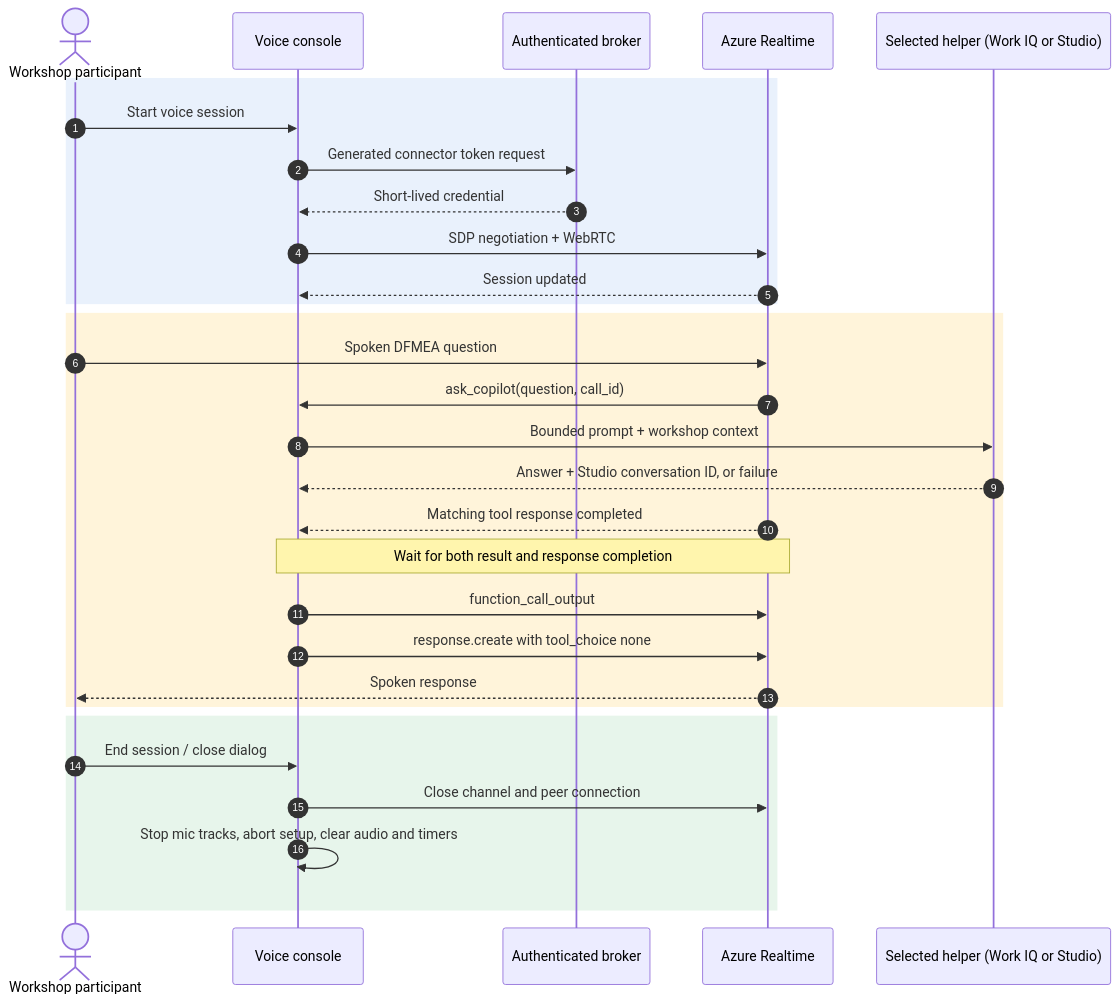
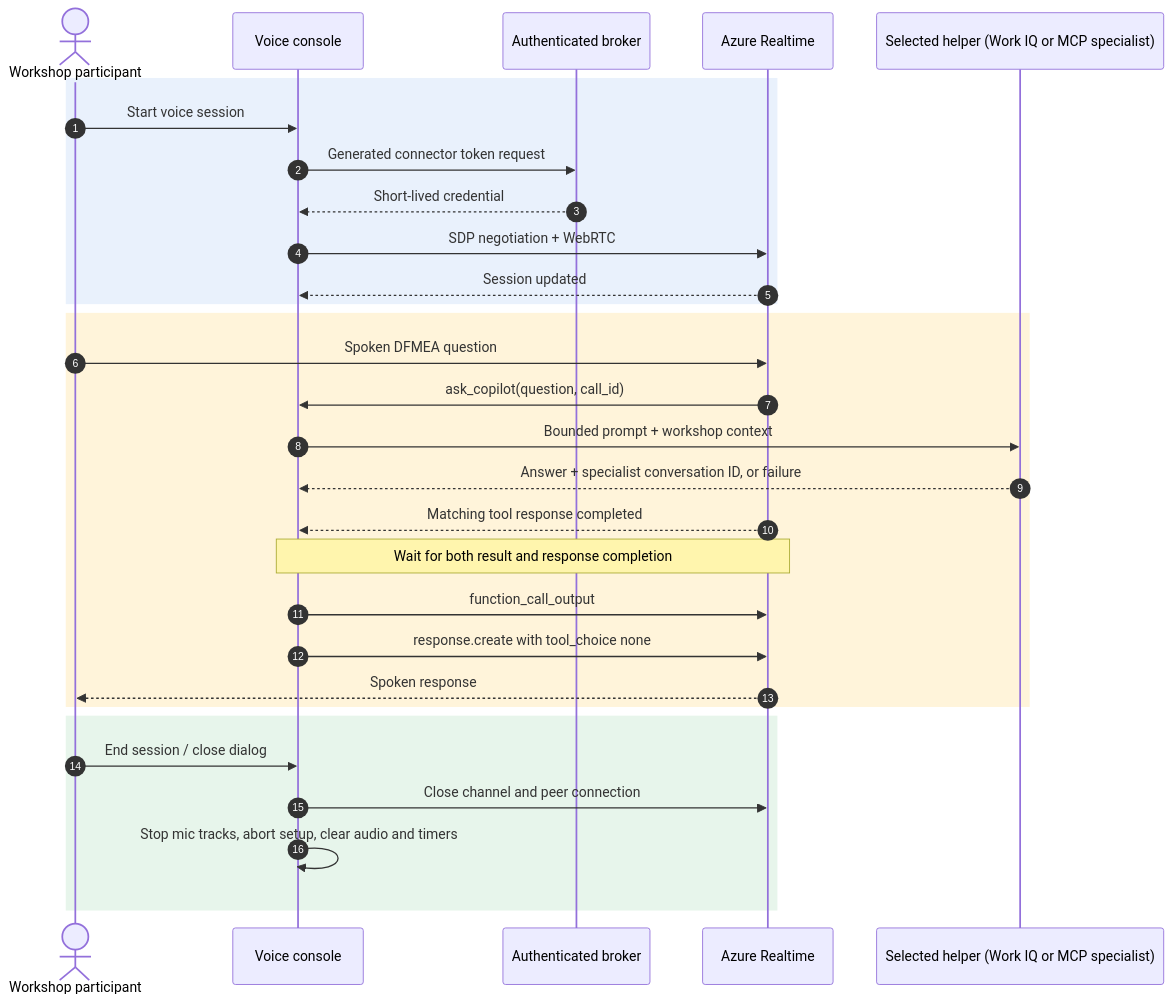
The fourth of 5 diagrams in README.md (Roelzz/code_app_voice), drawn with Mermaid before and after one commit. The commit also changed other lines of this file and 19 other files, not shown here.

````diff
--- a/README.md
+++ b/README.md
@@ -178,32 +184,32 @@
 ```mermaid
 sequenceDiagram
     autonumber
     actor User as Workshop participant
     participant UI as Voice console
     participant Broker as Authenticated broker
     participant RT as Azure Realtime
-    participant IQ as Selected helper (Work IQ or Studio)
+    participant IQ as Selected helper (Work IQ or MCP specialist)
     rect rgb(233, 241, 252)
         User->>UI: Start voice session
         UI->>Broker: Generated connector token request
         Broker-->>UI: Short-lived credential
         UI->>RT: SDP negotiation + WebRTC
         RT-->>UI: Session updated
     end
     rect rgb(255, 244, 218)
         User->>RT: Spoken DFMEA question
         RT->>UI: ask_copilot(question, call_id)
         UI->>IQ: Bounded prompt + workshop context
-        IQ-->>UI: Answer + Studio conversation ID, or failure
+        IQ-->>UI: Answer + specialist conversation ID, or failure
         RT-->>UI: Matching tool response completed
         Note over UI,RT: Wait for both result and response completion
         UI->>RT: function_call_output
         UI->>RT: response.create with tool_choice none
         RT-->>User: Spoken response
     end
     rect rgb(231, 245, 235)
         User->>UI: End session / close dialog
         UI->>RT: Close channel and peer connection
         UI->>UI: Stop mic tracks, abort setup, clear audio and timers
     end
 ```
````
